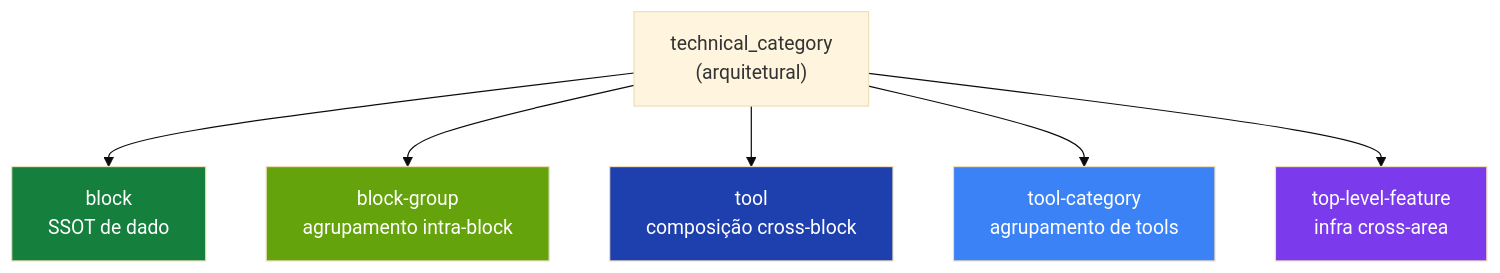
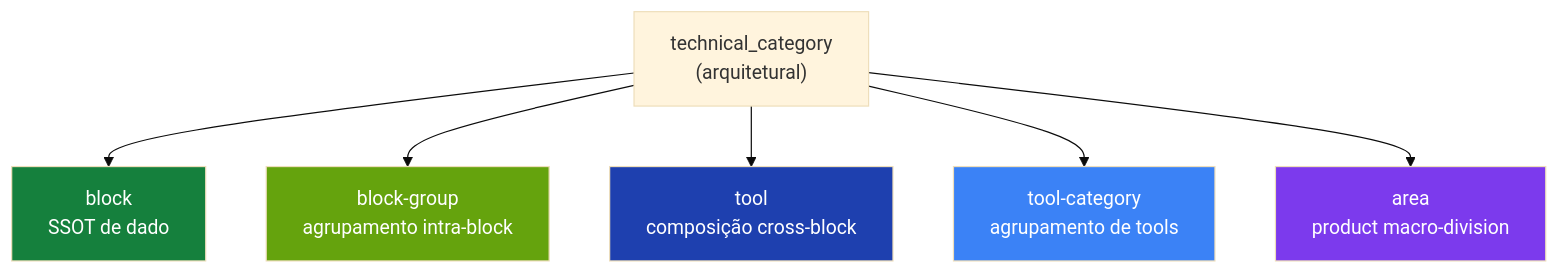
The diagram in docs/handbook/refactor/r1-tools-foundation/(overview)/en-US.md (nickmoreira23/herd), drawn with Mermaid (base theme) before and after one commit. The commit also changed 72 other files, not shown here.

````diff
--- a/docs/handbook/refactor/r1-tools-foundation/(overview)/en-US.md
+++ b/docs/handbook/refactor/r1-tools-foundation/(overview)/en-US.md
@@ -55,15 +55,15 @@
 ```mermaid
 flowchart TD
     Root["technical_category<br/>(arquitetural)"]
     Root --> Block["block<br/>SSOT de dado"]
     Root --> BG["block-group<br/>agrupamento intra-block"]
     Root --> Tool["tool<br/>composição cross-block"]
     Root --> TC["tool-category<br/>agrupamento de tools"]
-    Root --> TLF["top-level-feature<br/>infra cross-area"]
+    Root --> Area["area<br/>product macro-division"]
 
     style Block fill:#15803d,color:#fff
     style BG fill:#65a30d,color:#fff
     style Tool fill:#1e40af,color:#fff
     style TC fill:#3b82f6,color:#fff
-    style TLF fill:#7c3aed,color:#fff
+    style Area fill:#7c3aed,color:#fff
 ```
````
